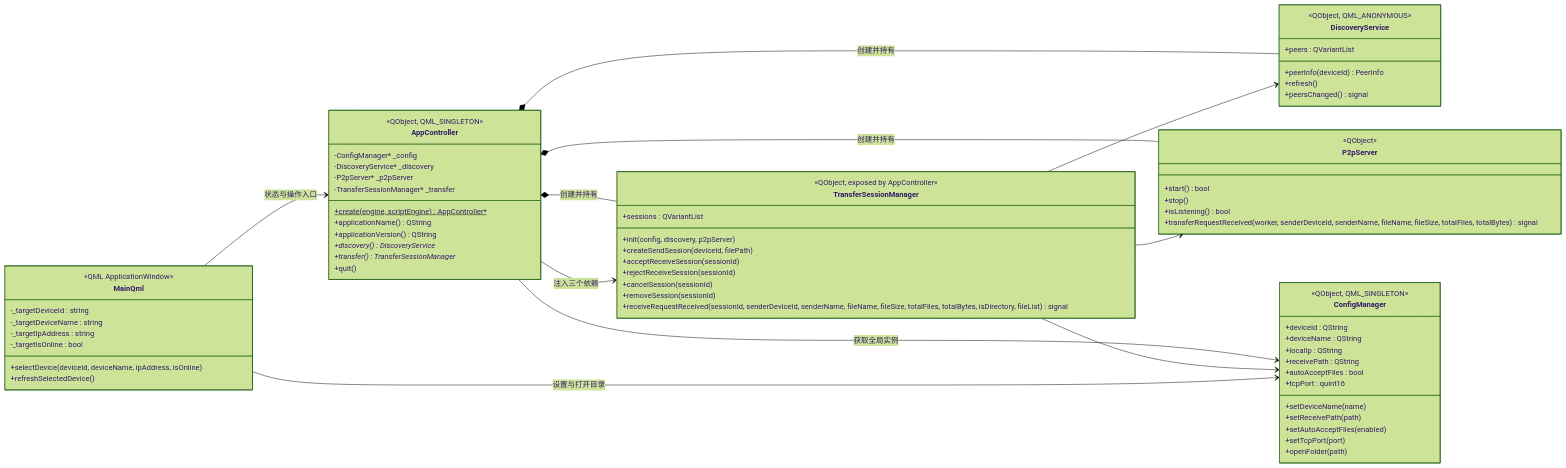
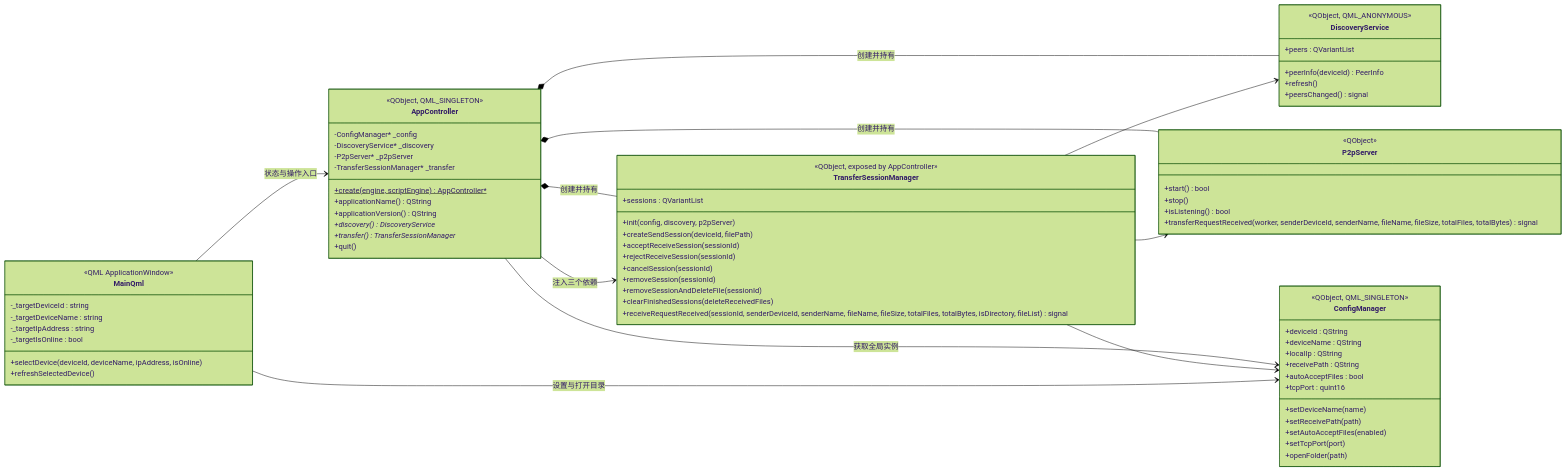
The first of 5 diagrams in doc/diagrams/class-diagram.md (Gsheep0729/GridYard), drawn with Mermaid (forest theme) before and after one commit. The commit also changed other lines of this file and 12 other files, not shown here.

```diff
--- a/doc/diagrams/class-diagram.md
+++ b/doc/diagrams/class-diagram.md
@@ -62,6 +62,8 @@
         +rejectReceiveSession(sessionId)
         +cancelSession(sessionId)
         +removeSession(sessionId)
+        +removeSessionAndDeleteFile(sessionId)
+        +clearFinishedSessions(deleteReceivedFiles)
         +receiveRequestReceived(sessionId, senderDeviceId, senderName, fileName, fileSize, totalFiles, totalBytes, isDirectory, fileList) signal
     }
 
```
